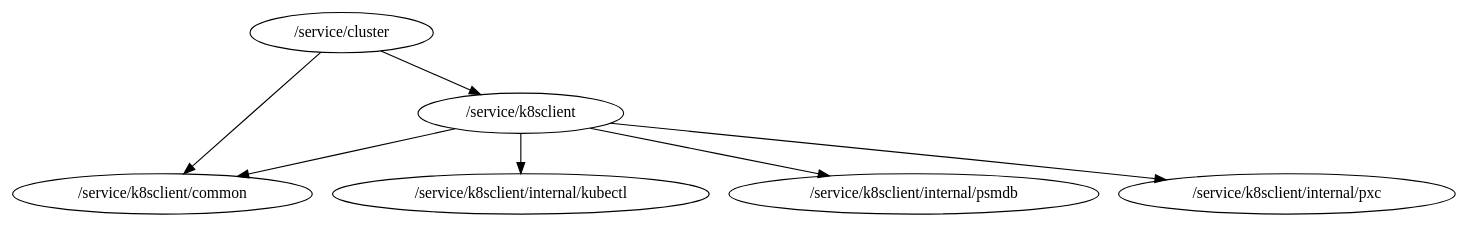
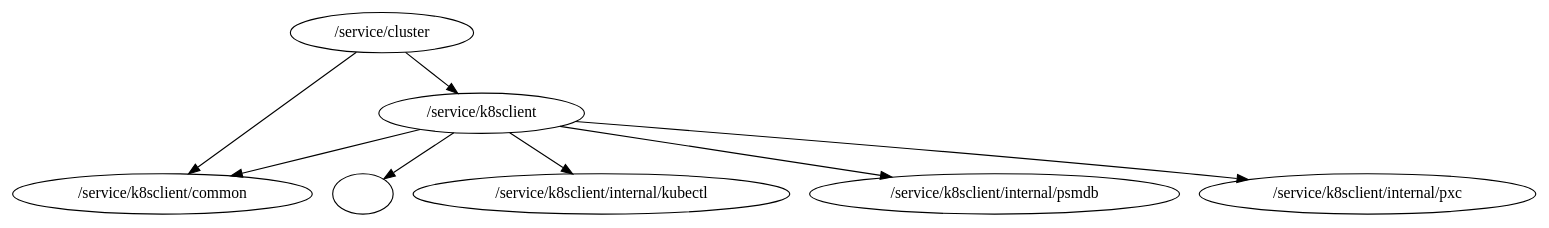
One commit to percona/dbaas-controller changed the diagram in packages.dot. Above: the diagram before and after it, drawn with Graphviz.

Commit message:
PMM-6432 Fix packages.dot.

```diff
--- a/packages.dot
+++ b/packages.dot
@@ -1,8 +1,9 @@
 digraph packages {
 	"/service/cluster" -> "/service/k8sclient";
 	"/service/cluster" -> "/service/k8sclient/common";
+	"/service/k8sclient" -> "";
 	"/service/k8sclient" -> "/service/k8sclient/common";
 	"/service/k8sclient" -> "/service/k8sclient/internal/kubectl";
 	"/service/k8sclient" -> "/service/k8sclient/internal/psmdb";
 	"/service/k8sclient" -> "/service/k8sclient/internal/pxc";
 }
```
